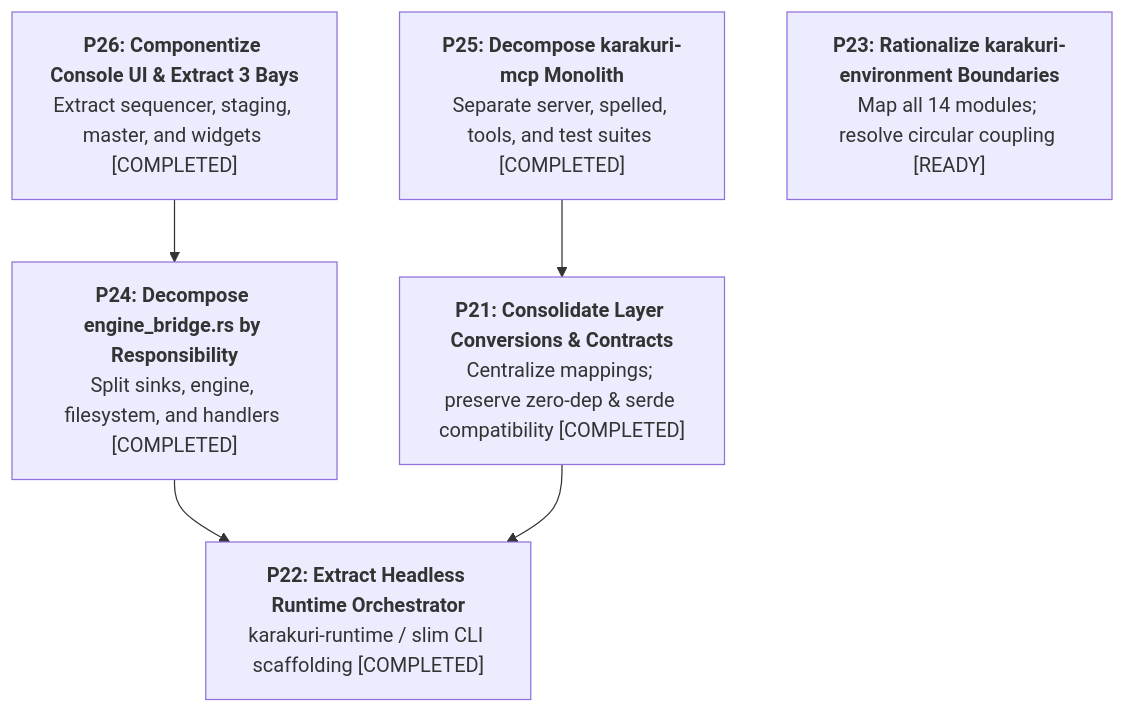
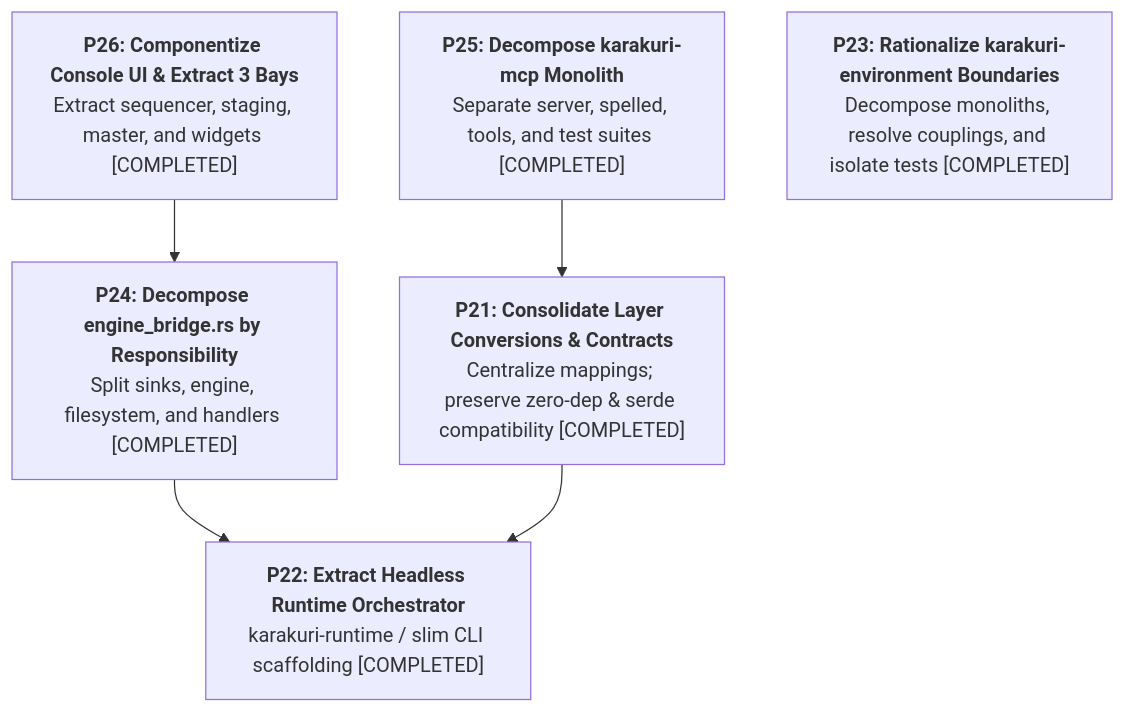
Before and after one commit to toyoshim-i/Karakuri: the diagram in docs/refactoring.md, drawn with Mermaid. The commit also changed other lines of this file, not shown here.

First line of the commit message:
docs: mark P23 completed and update execution matrix in docs/refactoring.md

````diff
--- a/docs/refactoring.md
+++ b/docs/refactoring.md
@@ -76,14 +76,14 @@
 ```mermaid
 graph TD
     P26["<b>P26: Componentize Console UI & Extract 3 Bays</b><br/>Extract sequencer, staging, master, and widgets [COMPLETED]"]
     P25["<b>P25: Decompose karakuri-mcp Monolith</b><br/>Separate server, spelled, tools, and test suites [COMPLETED]"]
     P24["<b>P24: Decompose engine_bridge.rs by Responsibility</b><br/>Split sinks, engine, filesystem, and handlers [COMPLETED]"]
     P22["<b>P22: Extract Headless Runtime Orchestrator</b><br/>karakuri-runtime / slim CLI scaffolding [COMPLETED]"]
     P21["<b>P21: Consolidate Layer Conversions & Contracts</b><br/>Centralize mappings; preserve zero-dep & serde compatibility [COMPLETED]"]
-    P23["<b>P23: Rationalize karakuri-environment Boundaries</b><br/>Map all 14 modules; resolve circular coupling [READY]"]
+    P23["<b>P23: Rationalize karakuri-environment Boundaries</b><br/>Decompose monoliths, resolve couplings, and isolate tests [COMPLETED]"]
 
     P26 --> P24
     P25 --> P21
     P24 --> P22
     P21 --> P22
 ```
````
